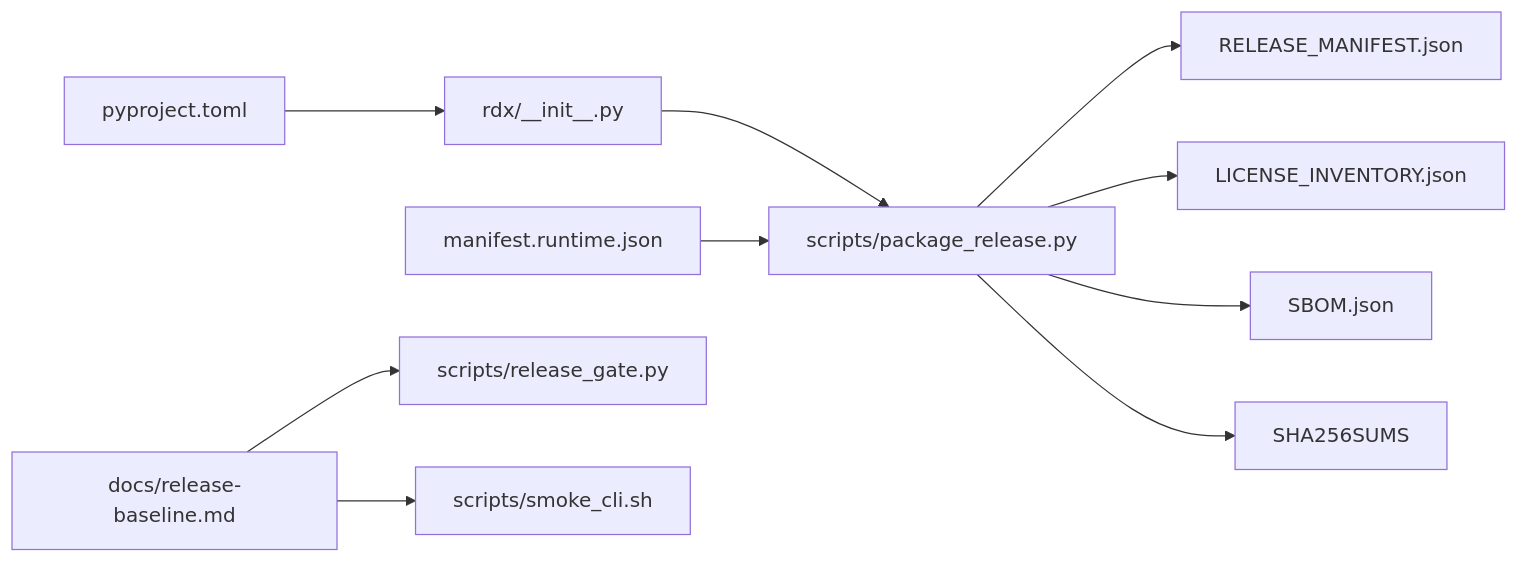
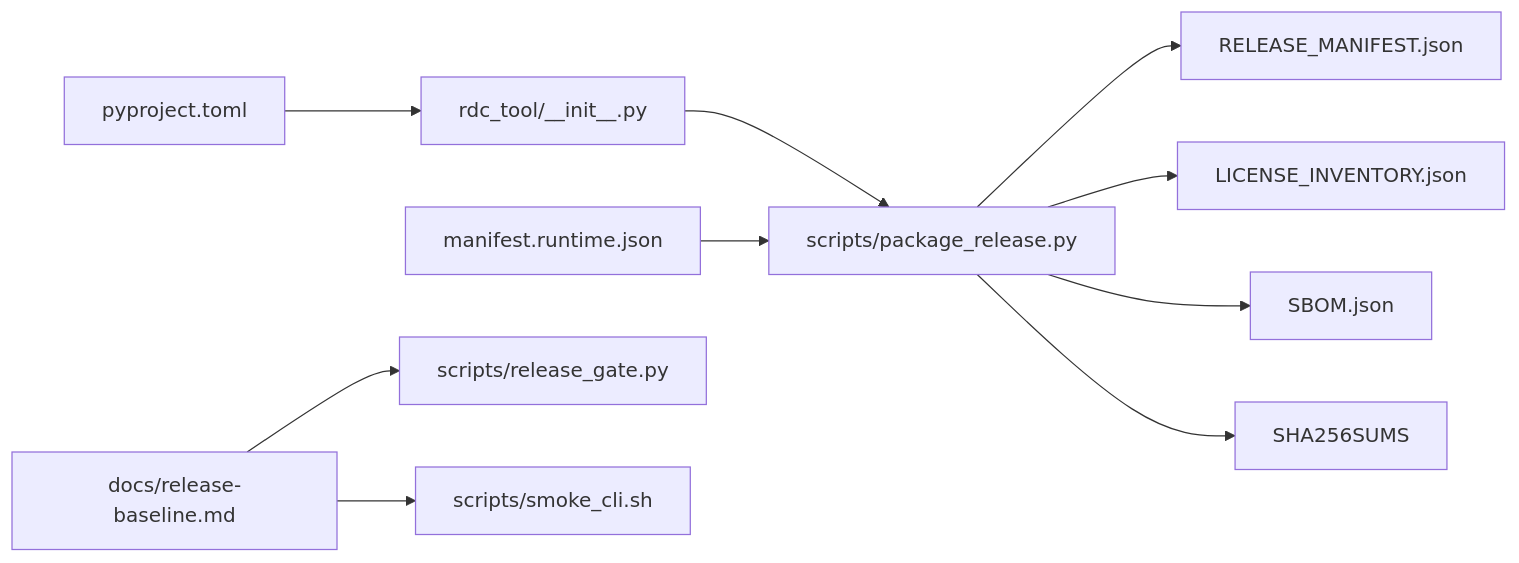
One commit to haolange/RDC-Tool changed the fifth of 5 diagrams in .qoder/repowiki/zh/content/部署和发布/版本管理.md. Above: the diagram before and after it, drawn with Mermaid. The commit also changed other lines of this file and 388 other files, not shown here.

First line of the commit message:
Release RDC-Tool identity and public maintenance surface

````diff
--- a/.qoder/repowiki/zh/content/部署和发布/版本管理.md
+++ b/.qoder/repowiki/zh/content/部署和发布/版本管理.md
@@ -281,12 +281,12 @@
 ```mermaid
 graph LR
-P["pyproject.toml"] --> V["rdx/__init__.py"]
+P["pyproject.toml"] --> V["rdc_tool/__init__.py"]
 V --> S["scripts/package_release.py"]
 S --> M["RELEASE_MANIFEST.json"]
 S --> L["LICENSE_INVENTORY.json"]
 S --> B["SBOM.json"]
 S --> C["SHA256SUMS"]
 R["manifest.runtime.json"] --> S
 RB["docs/release-baseline.md"] --> G["scripts/release_gate.py"]
 RB --> SM["scripts/smoke_cli.sh"]
 ```
````
